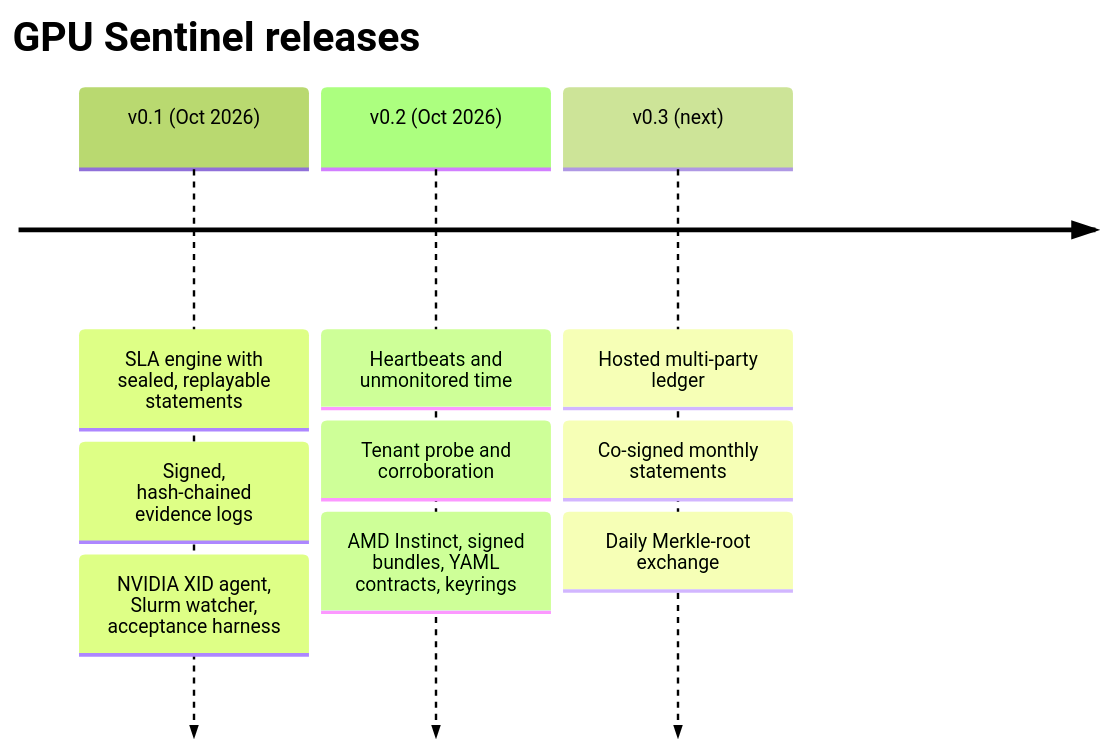
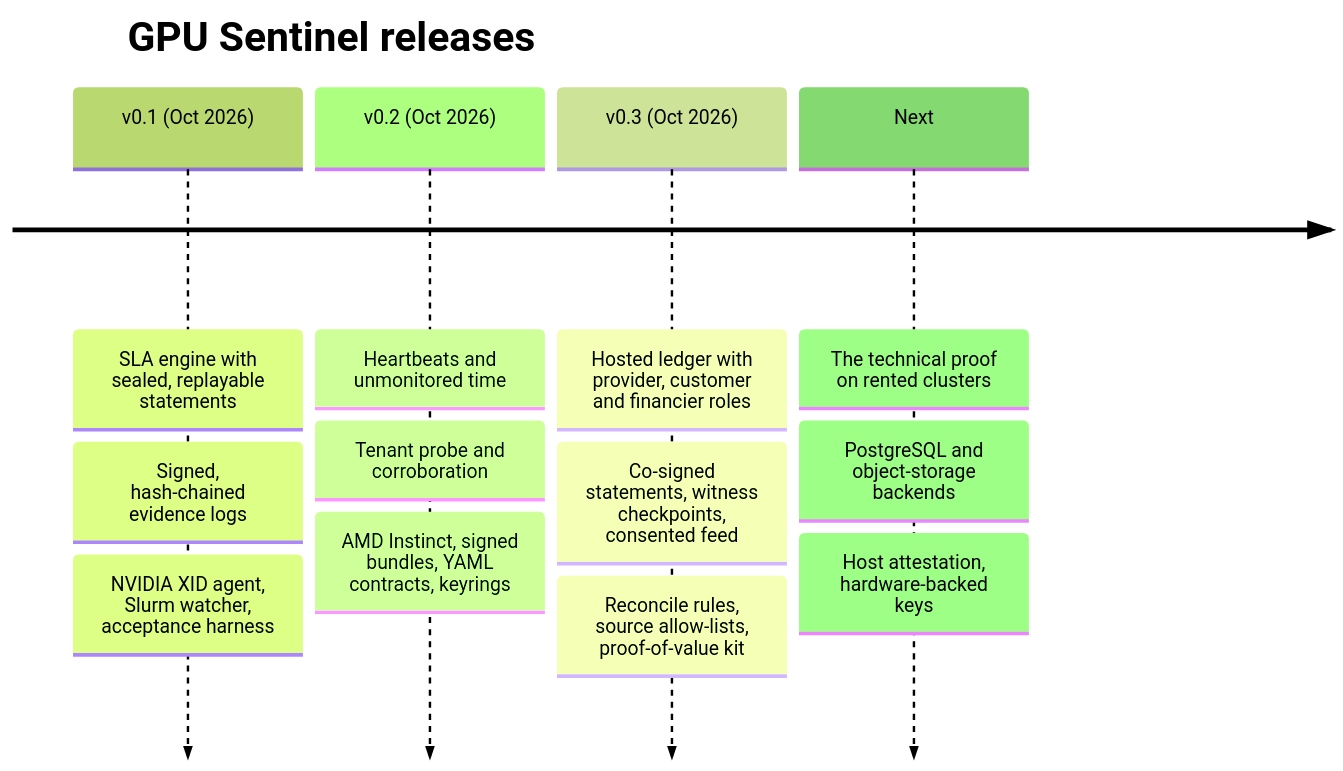
The sixth of 6 diagrams in README.md (Sievehouse/gpu-sentinel), drawn with Mermaid (forest theme) before and after one commit. The commit also changed other lines of this file, not shown here.

````diff
--- a/README.md
+++ b/README.md
@@ -354,13 +412,16 @@
 ```mermaid
 timeline
   title GPU Sentinel releases
   v0.1 (Oct 2026) : SLA engine with sealed, replayable statements
                   : Signed, hash-chained evidence logs
                   : NVIDIA XID agent, Slurm watcher, acceptance harness
   v0.2 (Oct 2026) : Heartbeats and unmonitored time
                   : Tenant probe and corroboration
                   : AMD Instinct, signed bundles, YAML contracts, keyrings
-  v0.3 (next)     : Hosted multi-party ledger
-                  : Co-signed monthly statements
-                  : Daily Merkle-root exchange
+  v0.3 (Oct 2026) : Hosted ledger with provider, customer and financier roles
+                  : Co-signed statements, witness checkpoints, consented feed
+                  : Reconcile rules, source allow-lists, proof-of-value kit
+  Next            : The technical proof on rented clusters
+                  : PostgreSQL and object-storage backends
+                  : Host attestation, hardware-backed keys
 ```
````
